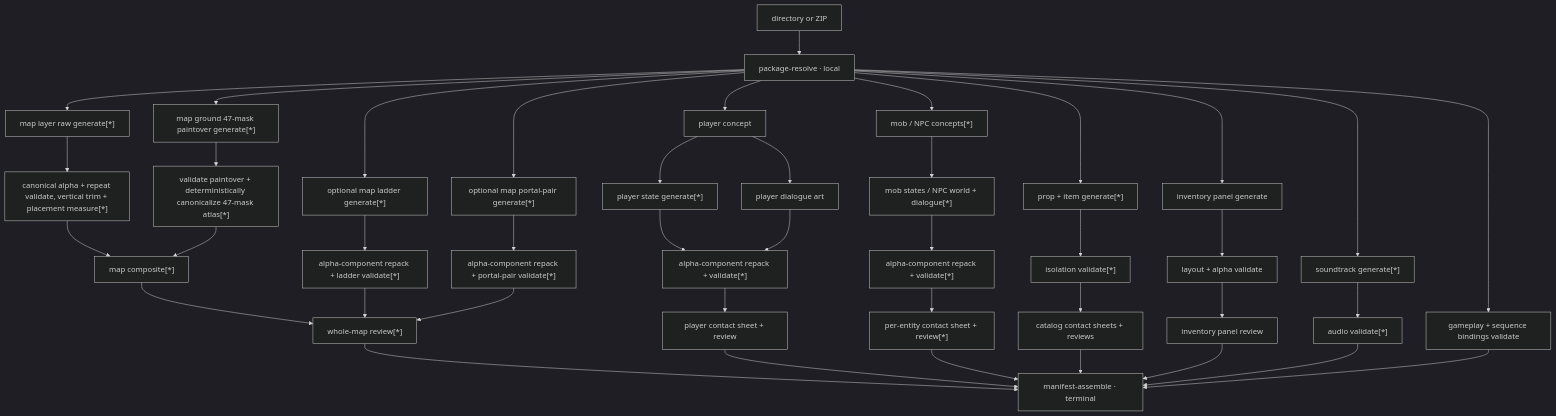
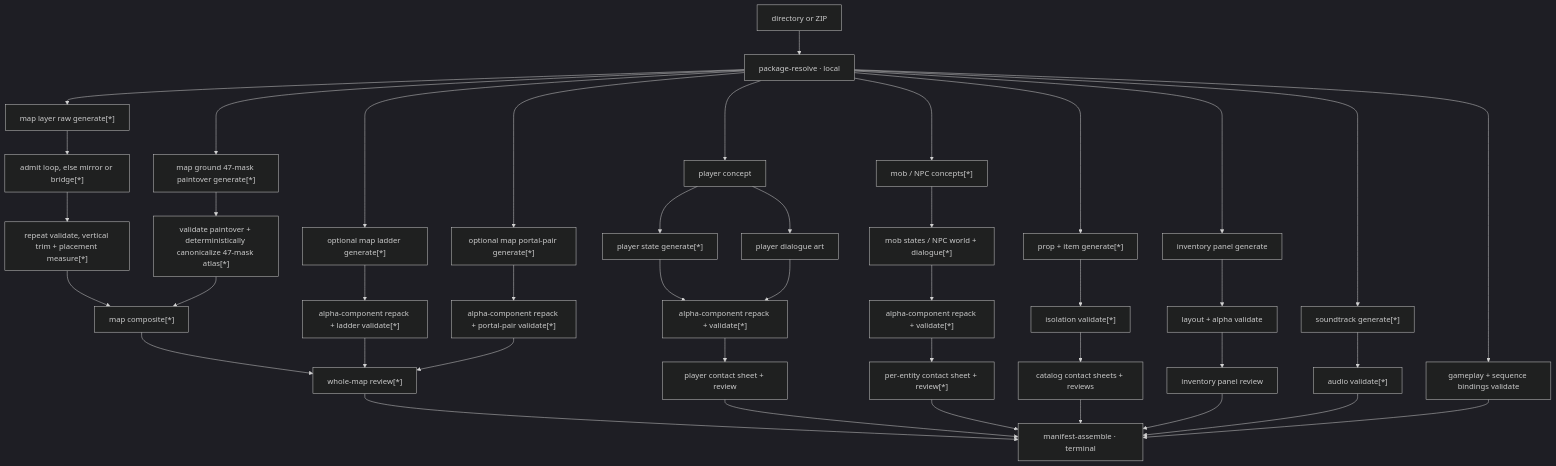
Before and after one commit to softmarshmallow/stage-gen: the diagram in docs/spec/game/generation-pipeline.md, drawn with Mermaid (dark theme). The commit also changed other lines of this file and 128 other files, not shown here.

````diff
--- a/docs/spec/game/generation-pipeline.md
+++ b/docs/spec/game/generation-pipeline.md
@@ -39,50 +39,51 @@
 ```mermaid
 flowchart TD
     PKG["directory or ZIP"] --> PR["package-resolve · local"]
 
     PR --> ML["map layer raw generate[*]"]
     PR --> MG["map ground 47-mask paintover generate[*]"]
-    ML --> MLV["canonical alpha + repeat validate, vertical trim + placement measure[*]"]
+    ML --> MLC["admit loop, else mirror or bridge[*]"]
+    MLC --> MLV["repeat validate, vertical trim + placement measure[*]"]
     MG --> MGV["validate paintover + deterministically canonicalize 47-mask atlas[*]"]
     PR --> LG["optional map ladder generate[*]"]
     PR --> PG["optional map portal-pair generate[*]"]
     MLV --> MC["map composite[*]"]
     MGV --> MC
     LG --> LGV["alpha-component repack + ladder validate[*]"]
     PG --> PGV["alpha-component repack + portal-pair validate[*]"]
     MC --> MR["whole-map review[*]"]
     LGV --> MR
     PGV --> MR
 
     PR --> PC["player concept"]
     PC --> PS["player state generate[*]"]
     PC --> PD["player dialogue art"]
     PS --> PV["alpha-component repack + validate[*]"]
     PD --> PV
     PV --> PCR["player contact sheet + review"]
 
     PR --> XC["mob / NPC concepts[*]"]
     XC --> XS["mob states / NPC world + dialogue[*]"]
     XS --> XV["alpha-component repack + validate[*]"]
     XV --> XR["per-entity contact sheet + review[*]"]
 
     PR --> PI["prop + item generate[*]"]
     PI --> PIV["isolation validate[*]"]
     PIV --> PIR["catalog contact sheets + reviews"]
 
     PR --> UI["inventory panel generate"]
     UI --> UIV["layout + alpha validate"]
     UIV --> UIR["inventory panel review"]
 
     PR --> ST["soundtrack generate[*]"]
     ST --> STV["audio validate[*]"]
     PR --> GB["gameplay + sequence bindings validate"]
 
     MR --> MF["manifest-assemble · terminal"]
     PCR --> MF
     XR --> MF
     PIR --> MF
     UIR --> MF
     STV --> MF
     GB --> MF
 ```
````
